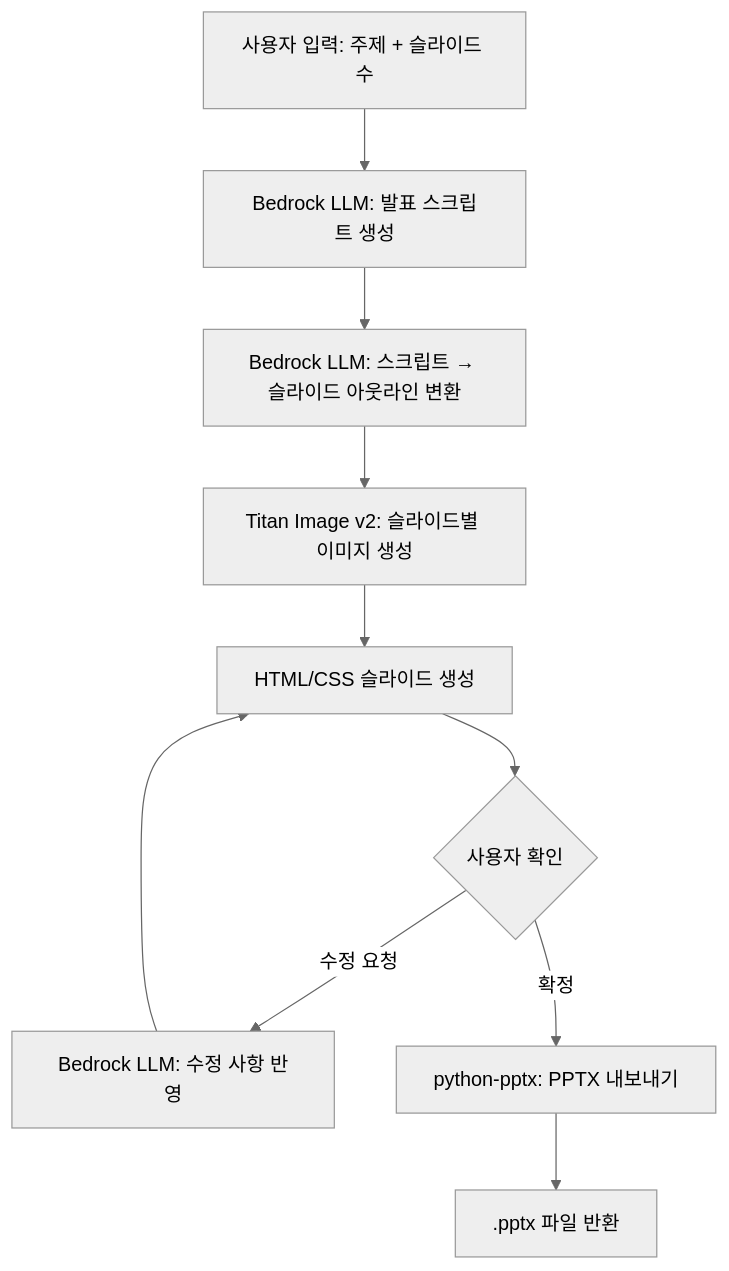
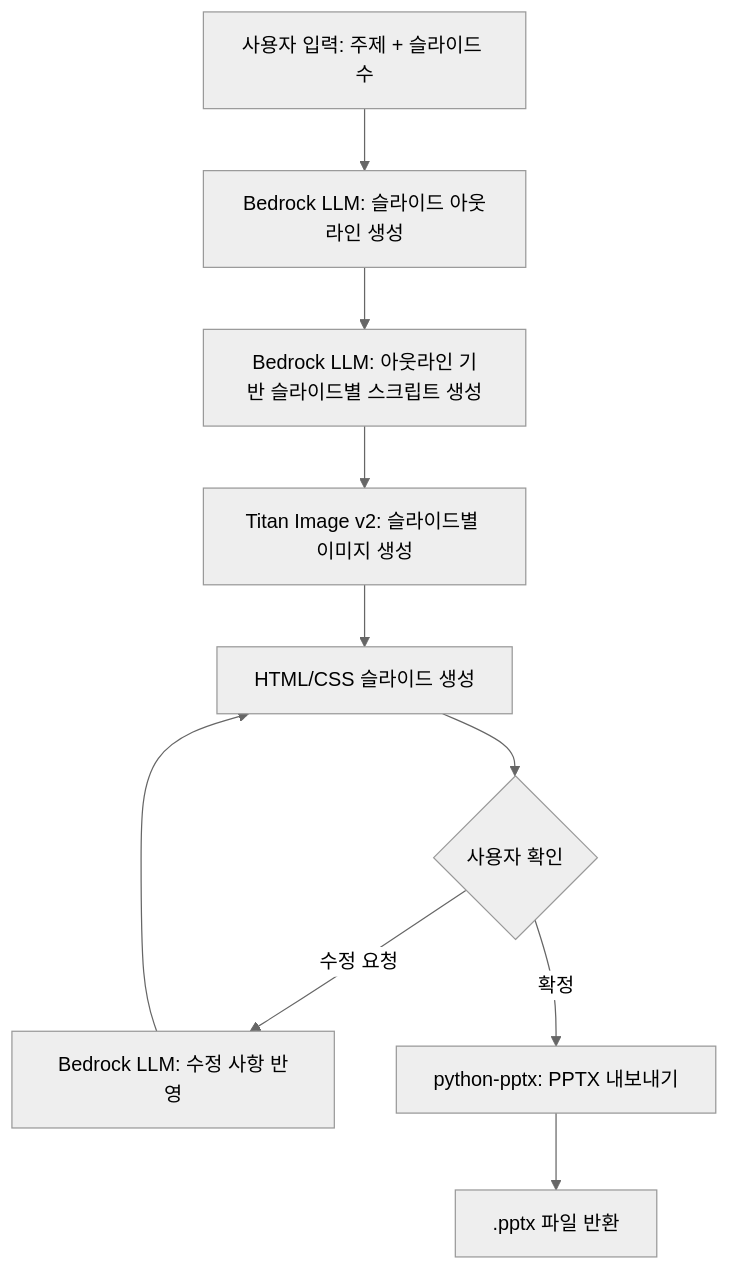
One commit to haandol/ppt-generator changed the second of 3 diagrams in docs/ppt-generator.alps.md. Above: the diagram before and after it, drawn with Mermaid (neutral theme). The commit also changed other lines of this file and 2 other files, not shown here.

````diff
--- a/docs/ppt-generator.alps.md
+++ b/docs/ppt-generator.alps.md
@@ -117,12 +118,12 @@
 ```mermaid
 flowchart TD
-    A[사용자 입력: 주제 + 슬라이드 수] --> B[Bedrock LLM: 발표 스크립트 생성]
-    B --> C[Bedrock LLM: 스크립트 → 슬라이드 아웃라인 변환]
-    C --> D[Titan Image v2: 슬라이드별 이미지 생성]
+    A[사용자 입력: 주제 + 슬라이드 수] --> B[Bedrock LLM: 슬라이드 아웃라인 생성]
+    B --> B1[Bedrock LLM: 아웃라인 기반 슬라이드별 스크립트 생성]
+    B1 --> D[Titan Image v2: 슬라이드별 이미지 생성]
     D --> E[HTML/CSS 슬라이드 생성]
     E --> F{사용자 확인}
     F -- "수정 요청" --> G[Bedrock LLM: 수정 사항 반영]
     G --> E
     F -- "확정" --> H[python-pptx: PPTX 내보내기]
     H --> I[.pptx 파일 반환]
 ```
````
